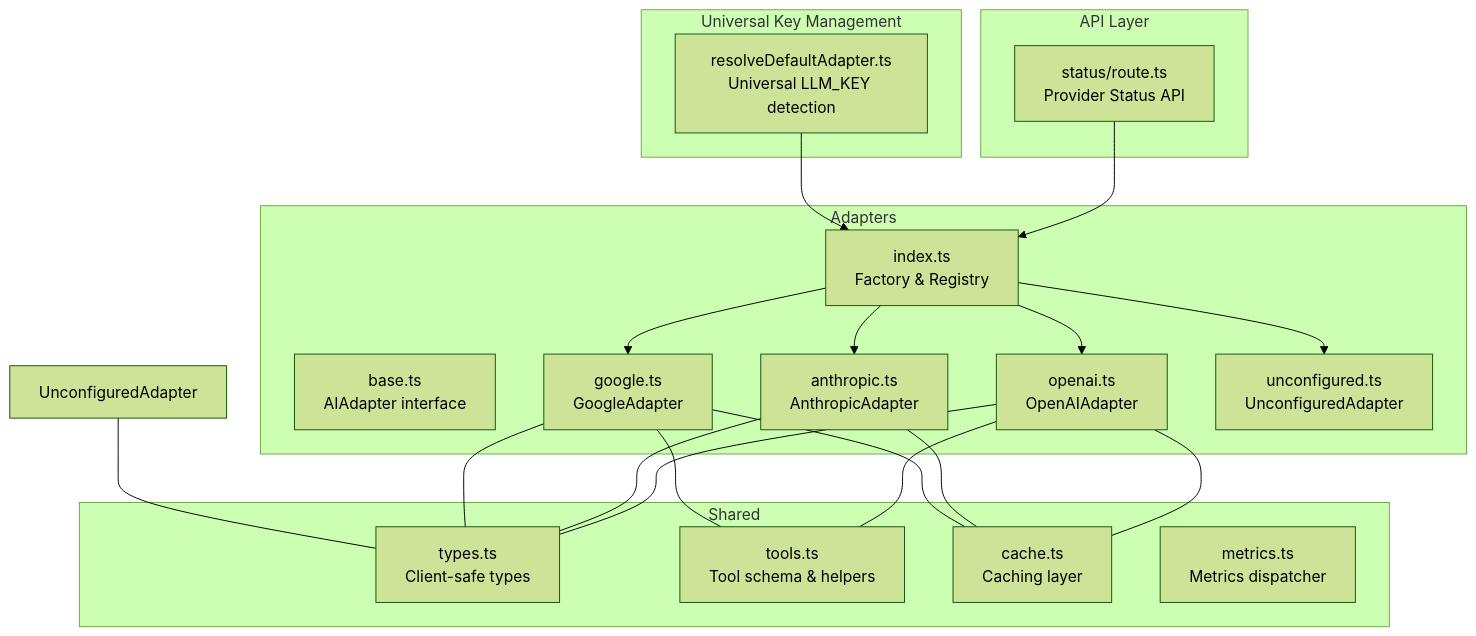
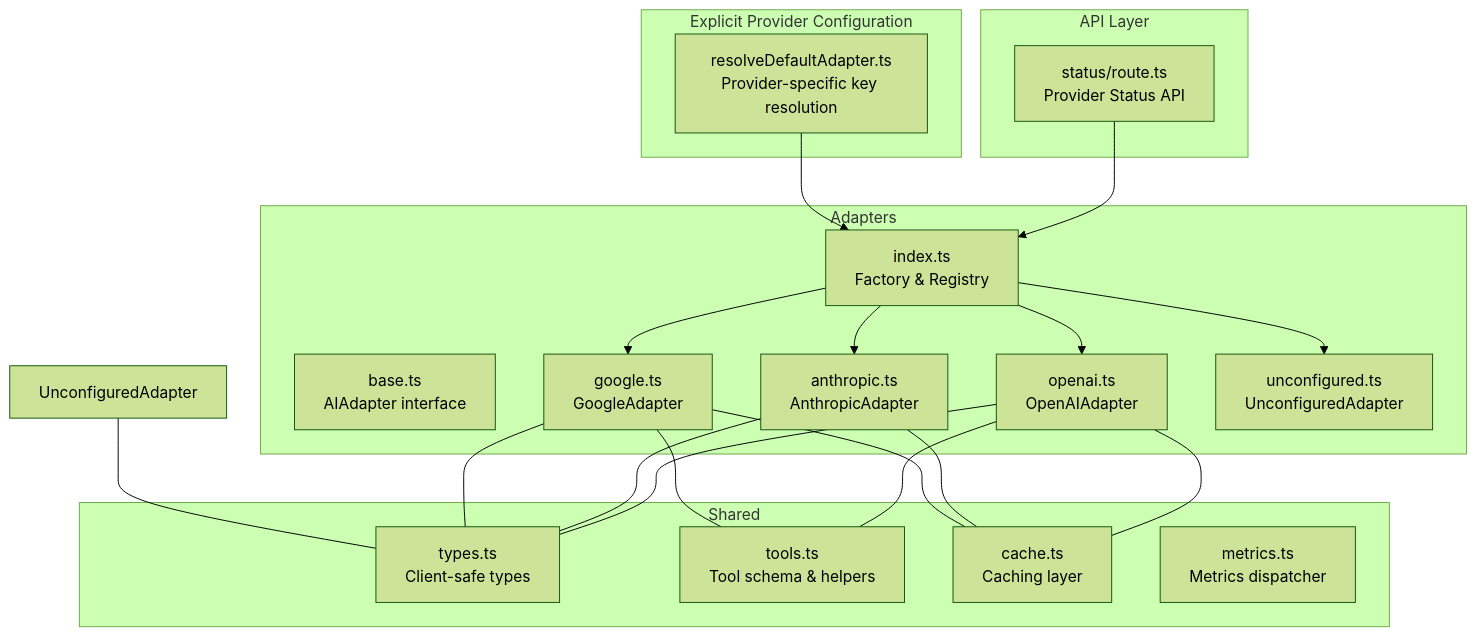
Before and after one commit to shekhargiri005-dotcom/AI-powered-accessibility-first-UI-engine: the first of 12 diagrams in .qoder/repowiki/en/content/Architecture & Design/Layered Architecture/Integration Layer/AI Provider Adapters.md, drawn with Mermaid (forest theme). The commit also changed other lines of this file and 71 other files, not shown here.

````diff
--- a/.qoder/repowiki/en/content/Architecture & Design/Layered Architecture/Integration Layer/AI Provider Adapters.md
+++ b/.qoder/repowiki/en/content/Architecture & Design/Layered Architecture/Integration Layer/AI Provider Adapters.md
@@ -50,38 +51,38 @@
 ```mermaid
 graph TB
 subgraph "Adapters"
 IDX["index.ts<br/>Factory & Registry"]
 BASE["base.ts<br/>AIAdapter interface"]
 OA["openai.ts<br/>OpenAIAdapter"]
 AA["anthropic.ts<br/>AnthropicAdapter"]
 GA["google.ts<br/>GoogleAdapter"]
 UC["unconfigured.ts<br/>UnconfiguredAdapter"]
 end
 subgraph "Shared"
 TYPES["types.ts<br/>Client-safe types"]
 TOOLS["tools.ts<br/>Tool schema & helpers"]
 CACHE["cache.ts<br/>Caching layer"]
 METRICS["metrics.ts<br/>Metrics dispatcher"]
 end
-subgraph "Universal Key Management"
-RDA["resolveDefaultAdapter.ts<br/>Universal LLM_KEY detection"]
+subgraph "Explicit Provider Configuration"
+RDA["resolveDefaultAdapter.ts<br/>Provider-specific key resolution"]
 end
 subgraph "API Layer"
 STATUS["status/route.ts<br/>Provider Status API"]
 end
 IDX --> OA
 IDX --> AA
 IDX --> GA
 IDX --> UC
 OA --- TOOLS
 GA --- TOOLS
 OA --- TYPES
 AA --- TYPES
 GA --- TYPES
 OA --- CACHE
 AA --- CACHE
 GA --- CACHE
 STATUS --> IDX
 UA["UnconfiguredAdapter"] --- TYPES
 RDA --> IDX
 ```
````
